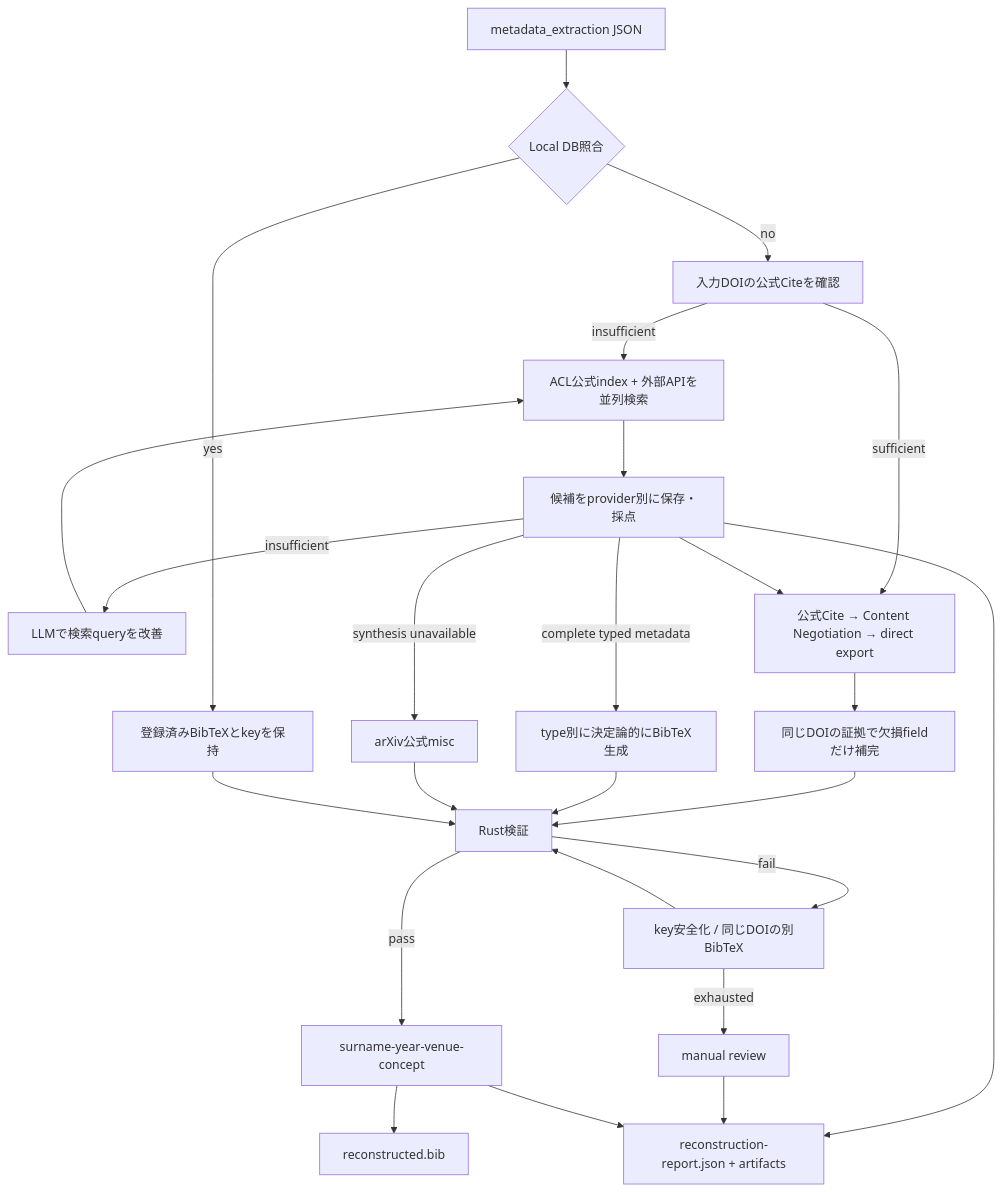
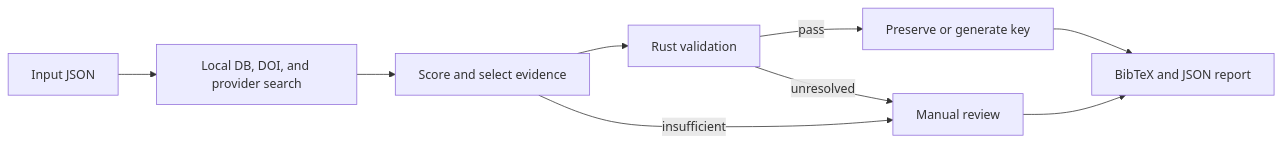
The diagram in pipeline/bibtex_reconstruction/README.md (EhimeNLP/bibmgr), drawn with Mermaid before and after one commit. The commit also changed other lines of this file, not shown here.

Commit message:
docs: reorganize BibTeX reconstruction guide

````diff
--- a/pipeline/bibtex_reconstruction/README.md
+++ b/pipeline/bibtex_reconstruction/README.md
@@ -7,27 +117,11 @@
 ```mermaid
-flowchart TD
-    IN[metadata_extraction JSON] --> LOCAL{Local DB照合}
-    LOCAL -- yes --> KEEP[登録済みBibTeXとkeyを保持]
-    LOCAL -- no --> DOI[入力DOIの公式Citeを確認]
-    DOI -- insufficient --> SEARCH[ACL公式index + 外部APIを並列検索]
-    SEARCH --> CAND[候補をprovider別に保存・採点]
-    CAND -- insufficient --> QUERY[LLMで検索queryを改善]
-    QUERY --> SEARCH
-    DOI -- sufficient --> SELECT[公式Cite → Content Negotiation → direct export]
-    CAND --> SELECT
-    CAND -- complete typed metadata --> SYNTH[type別に決定論的にBibTeX生成]
-    CAND -- synthesis unavailable --> ARXIV[arXiv公式misc]
-    SELECT --> FILL[同じDOIの証拠で欠損fieldだけ補完]
-    FILL --> RUST[Rust検証]
-    SYNTH --> RUST
-    ARXIV --> RUST
-    KEEP --> RUST
-    RUST -- fail --> FALLBACK[key安全化 / 同じDOIの別BibTeX]
-    FALLBACK --> RUST
-    FALLBACK -- exhausted --> REVIEW[manual review]
-    RUST -- pass --> KEY[surname-year-venue-concept]
-    KEY --> BIB[reconstructed.bib]
-    CAND --> REPORT[reconstruction-report.json + artifacts]
-    REVIEW --> REPORT
-    KEY --> REPORT
+flowchart LR
+    INPUT[Input JSON] --> SEARCH[Local DB, DOI, and provider search]
+    SEARCH --> SELECT[Score and select evidence]
+    SELECT --> VALIDATE[Rust validation]
+    SELECT -- insufficient --> REVIEW[Manual review]
+    VALIDATE -- pass --> KEY[Preserve or generate key]
+    VALIDATE -- unresolved --> REVIEW
+    KEY --> OUTPUT[BibTeX and JSON report]
+    REVIEW --> OUTPUT
 ```
````
